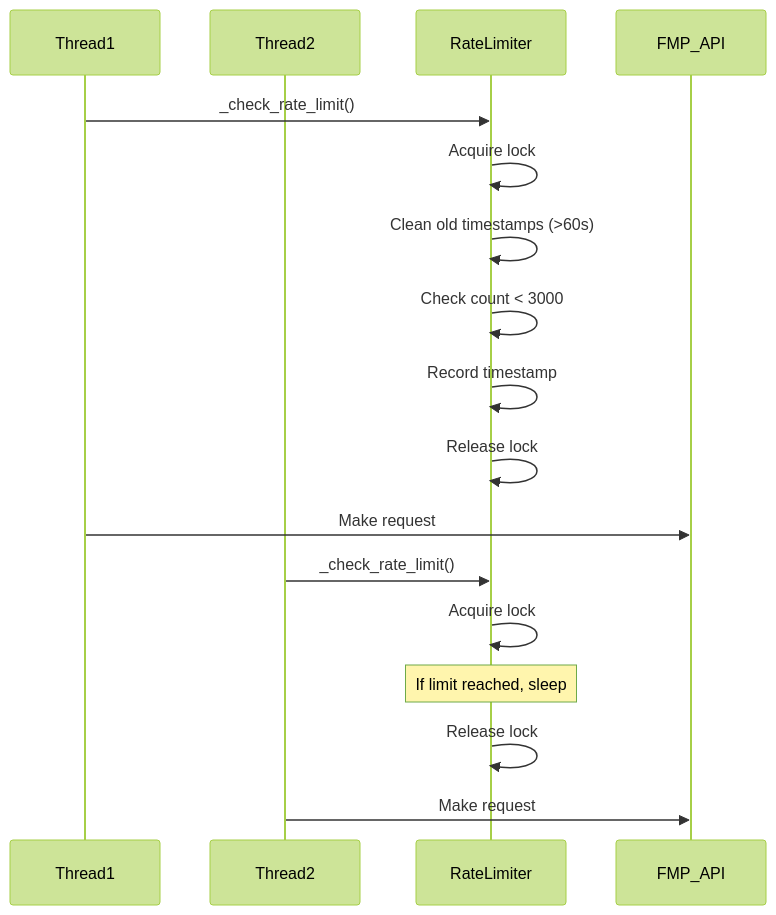
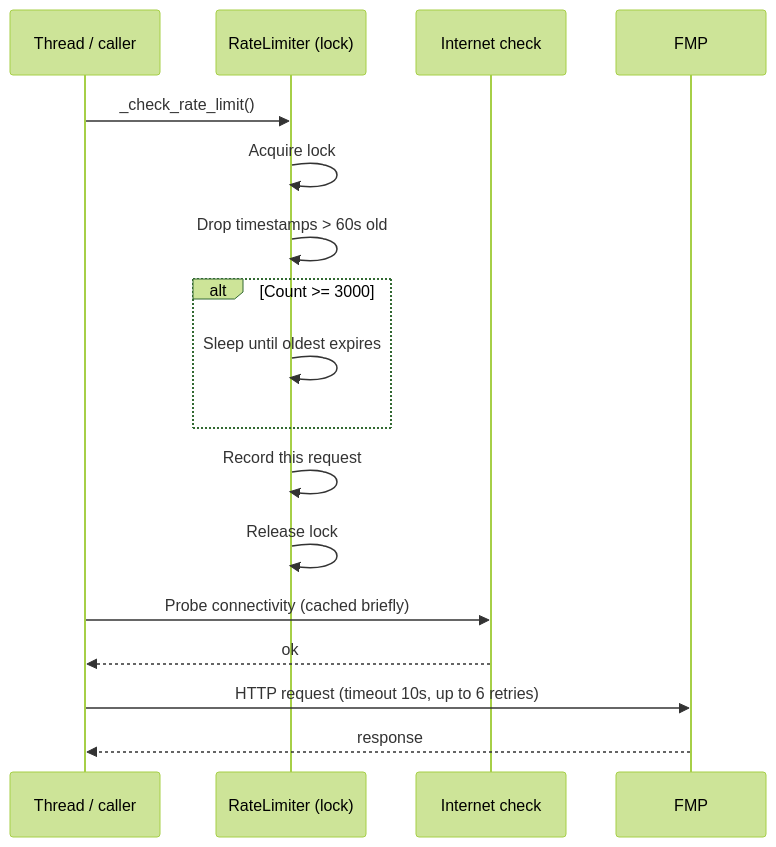
Before and after one commit to Animalliketree/MQSMaster: the second of 6 diagrams in docs/workflows/data-pipeline.md, drawn with Mermaid (forest theme). The commit also changed other lines of this file and 7 other files, not shown here.

````diff
--- a/docs/workflows/data-pipeline.md
+++ b/docs/workflows/data-pipeline.md
@@ -106,21 +74,20 @@
 ```mermaid
 sequenceDiagram
-    participant Thread1
-    participant Thread2
-    participant RateLimiter
-    participant FMP_API
+    participant T1 as Thread / caller
+    participant Limiter as RateLimiter (lock)
+    participant Net as Internet check
+    participant FMP
 
-    Thread1->>RateLimiter: _check_rate_limit()
-    RateLimiter->>RateLimiter: Acquire lock
-    RateLimiter->>RateLimiter: Clean old timestamps (>60s)
-    RateLimiter->>RateLimiter: Check count < 3000
-    RateLimiter->>RateLimiter: Record timestamp
-    RateLimiter->>RateLimiter: Release lock
-    Thread1->>FMP_API: Make request
-
-    Thread2->>RateLimiter: _check_rate_limit()
-    RateLimiter->>RateLimiter: Acquire lock
-    Note over RateLimiter: If limit reached, sleep
-    RateLimiter->>RateLimiter: Release lock
-    Thread2->>FMP_API: Make request
+    T1->>Limiter: _check_rate_limit()
+    Limiter->>Limiter: Acquire lock
+    Limiter->>Limiter: Drop timestamps > 60s old
+    alt Count >= 3000
+        Limiter->>Limiter: Sleep until oldest expires
+    end
+    Limiter->>Limiter: Record this request
+    Limiter->>Limiter: Release lock
+    T1->>Net: Probe connectivity (cached briefly)
+    Net-->>T1: ok
+    T1->>FMP: HTTP request (timeout 10s, up to 6 retries)
+    FMP-->>T1: response
 ```
````
